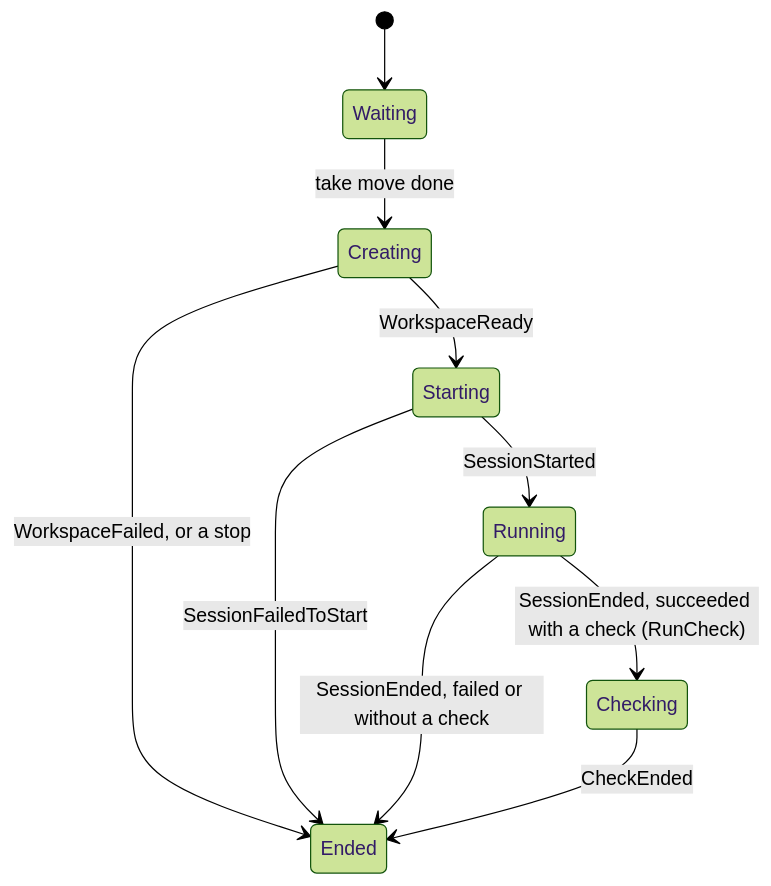
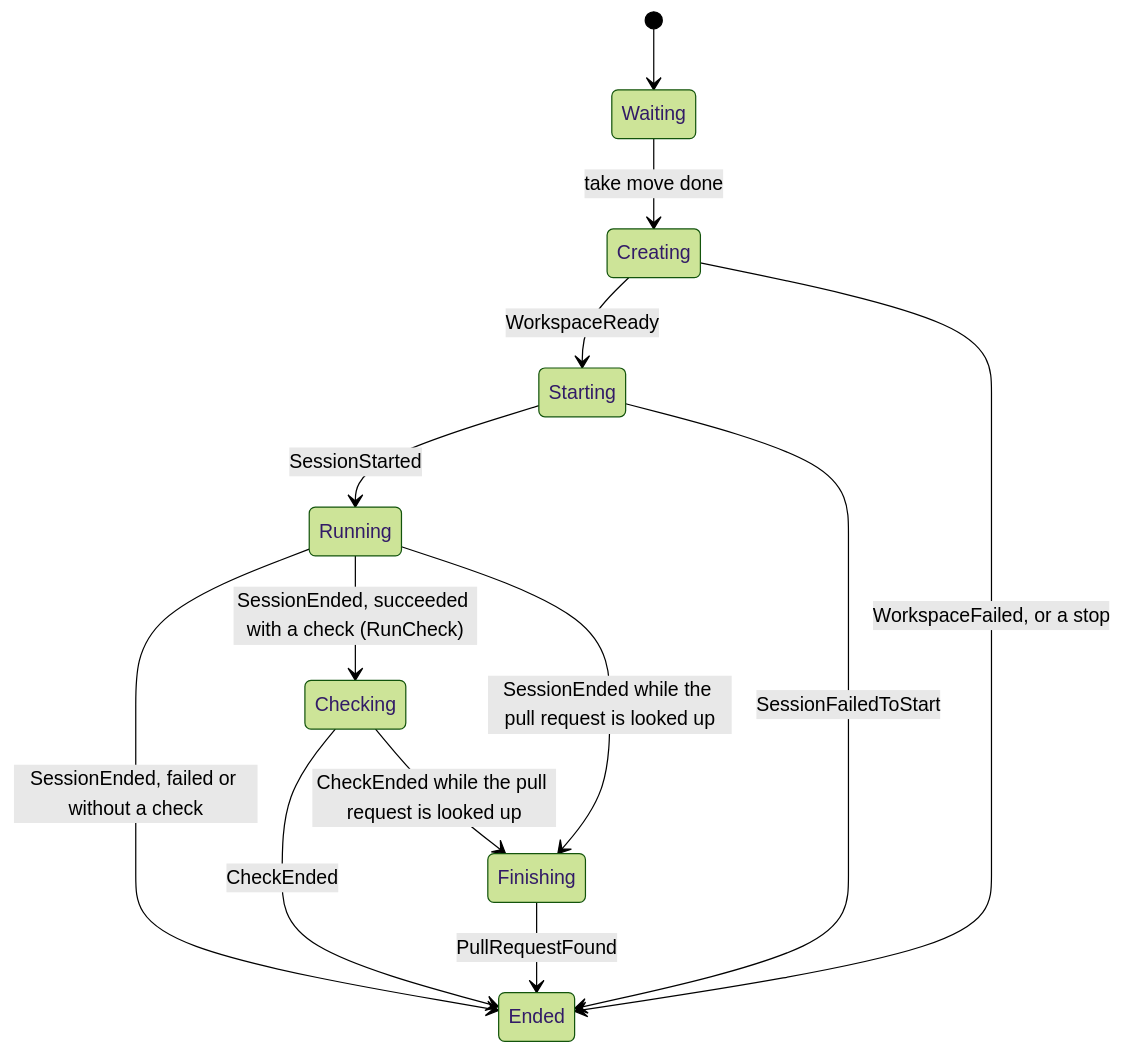
Before and after one commit to thatsnotmynameio/crew: the third of 3 diagrams in docs/develop/architecture.mdx, drawn with Mermaid (forest theme). The commit also changed other lines of this file and 2 other files, not shown here.

First line of the commit message:
docs: document session usage, pull requests and usage_in_status (#24)

````diff
--- a/docs/develop/architecture.mdx
+++ b/docs/develop/architecture.mdx
@@ -110,12 +110,15 @@
 ```mermaid
 stateDiagram-v2
   [*] --> Waiting
   Waiting --> Creating: take move done
   Creating --> Starting: WorkspaceReady
   Creating --> Ended: WorkspaceFailed, or a stop
   Starting --> Running: SessionStarted
   Starting --> Ended: SessionFailedToStart
   Running --> Ended: SessionEnded, failed or without a check
   Running --> Checking: SessionEnded, succeeded with a check (RunCheck)
   Checking --> Ended: CheckEnded
+  Running --> Finishing: SessionEnded while the pull request is looked up
+  Checking --> Finishing: CheckEnded while the pull request is looked up
+  Finishing --> Ended: PullRequestFound
 ```
````
